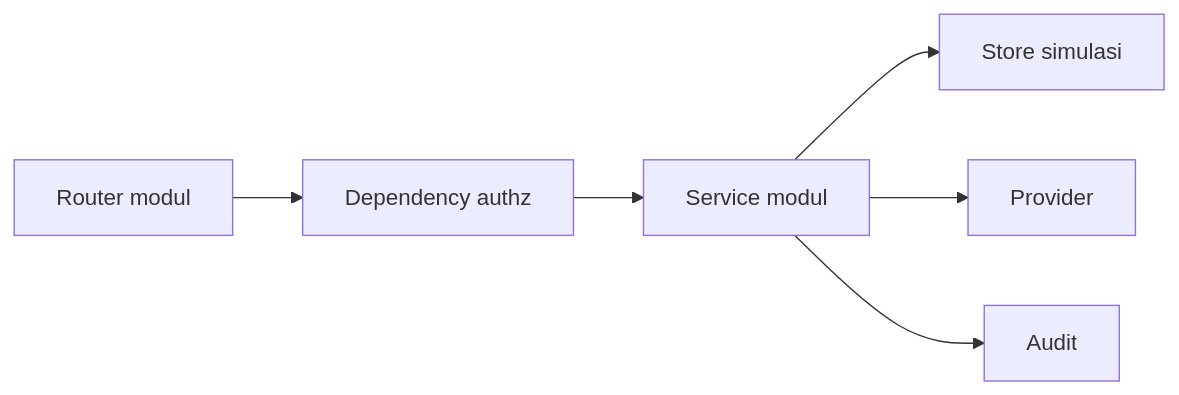
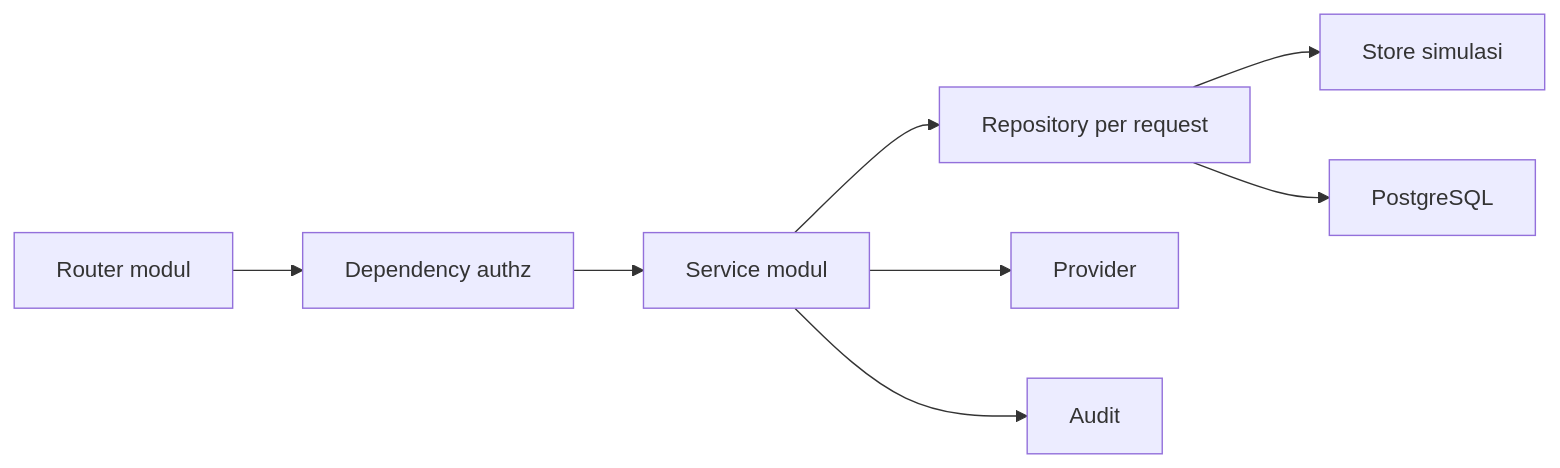
One commit to jundy779/SUNOVATE changed the diagram in docs/13-handover/developer-handover.md. Above: the diagram before and after it, drawn with Mermaid. The commit also changed other lines of this file and 17 other files, not shown here.

````diff
--- a/docs/13-handover/developer-handover.md
+++ b/docs/13-handover/developer-handover.md
@@ -46,8 +46,10 @@
 ```mermaid
 flowchart LR
     R["Router modul"] --> Z["Dependency authz"]
     Z --> S["Service modul"]
-    S --> D["Store simulasi"]
+    S --> D["Repository per request"]
+    D --> DS["Store simulasi"]
+    D --> DP["PostgreSQL"]
     S --> P["Provider"]
     S --> AU["Audit"]
 ```
````
